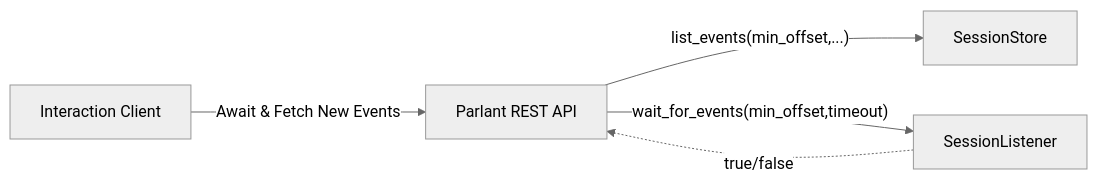
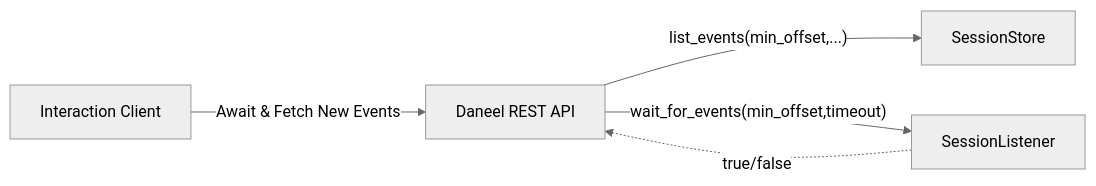
One commit to dougdotcon/Daneel changed the fourth of 4 diagrams in docs/interactions.md. Above: the diagram before and after it, drawn with Mermaid (neutral theme). The commit also changed other lines of this file and 307 other files, not shown here.

````diff
--- a/docs/interactions.md
+++ b/docs/interactions.md
@@ -59,7 +59,7 @@
 ```mermaid
 graph LR
-    Client[Interaction Client] -->|Await & Fetch New Events| API[Parlant REST API]
+    Client[Interaction Client] -->|Await & Fetch New Events| API[Daneel REST API]
     API -->|"list_events(min_offset,...)"| SessionStore
     API -->|"wait_for_events(min_offset,timeout)"| SessionListener
     SessionListener -.->|true/false| API
 ```
````
